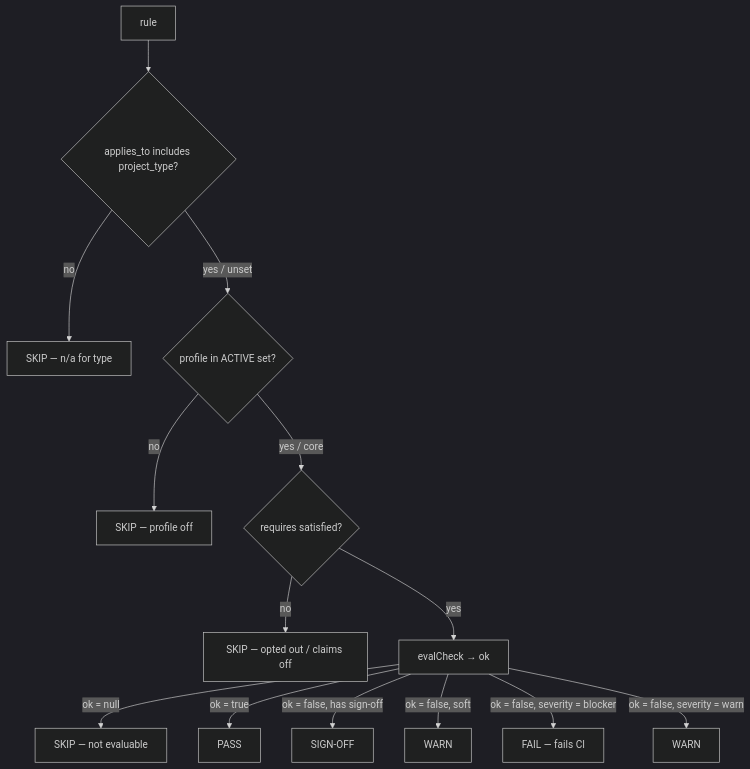
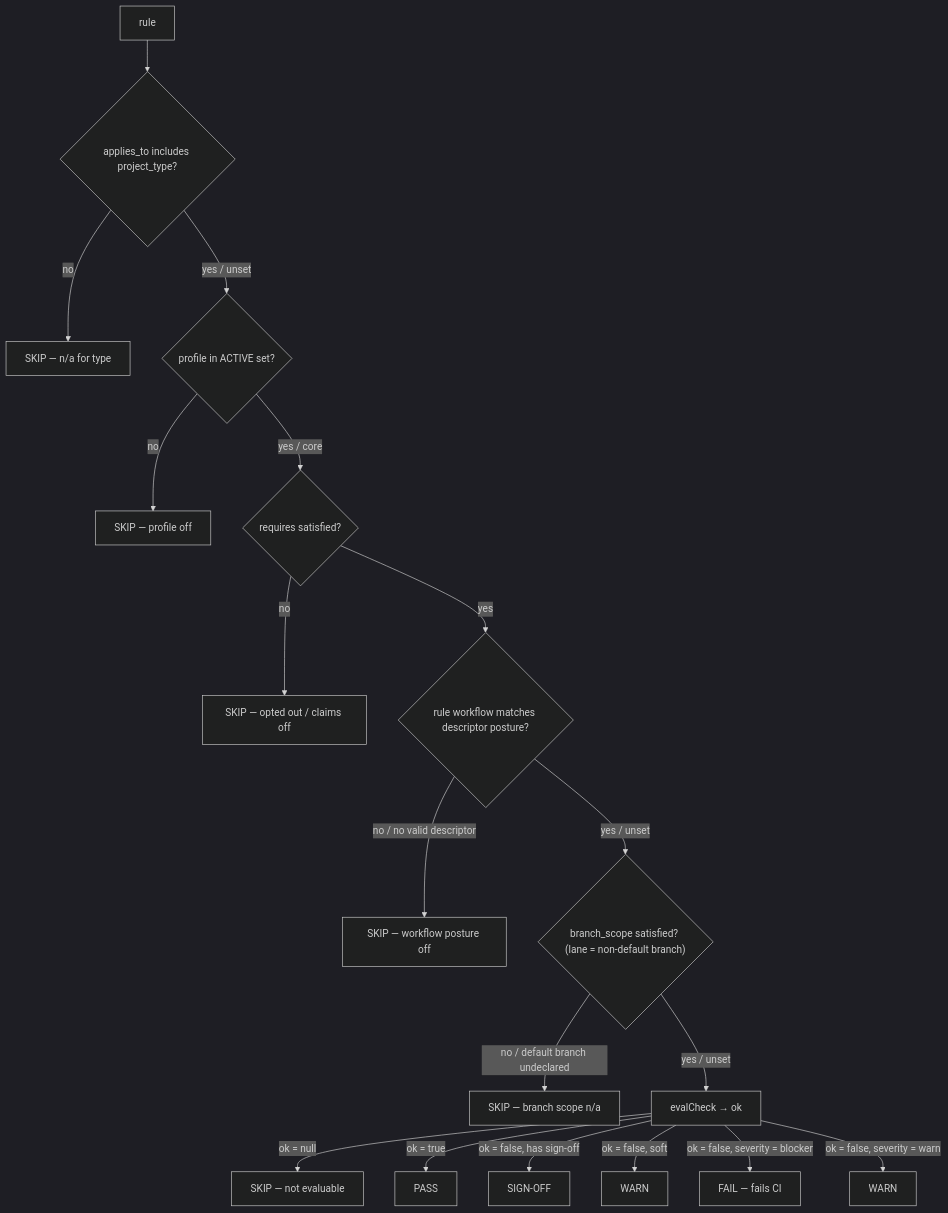
The third of 3 diagrams in REFERENCE.md (AdarGit008/baseline-skill), drawn with Mermaid (dark theme) before and after one commit. The commit also changed other lines of this file and 35 other files, not shown here.

````diff
--- a/REFERENCE.md
+++ b/REFERENCE.md
@@ -89,16 +89,20 @@
 ```mermaid
 flowchart TD
   R["rule"] --> A{"applies_to includes project_type?"}
   A -- "no" --> S1["SKIP — n/a for type"]
   A -- "yes / unset" --> P{"profile in ACTIVE set?"}
   P -- "no" --> S2["SKIP — profile off"]
   P -- "yes / core" --> Q{"requires satisfied?"}
   Q -- "no" --> S3["SKIP — opted out / claims off"]
-  Q -- "yes" --> E["evalCheck → ok"]
+  Q -- "yes" --> WF{"rule workflow matches descriptor posture?"}
+  WF -- "no / no valid descriptor" --> S5["SKIP — workflow posture off"]
+  WF -- "yes / unset" --> BR{"branch_scope satisfied? (lane = non-default branch)"}
+  BR -- "no / default branch undeclared" --> S6["SKIP — branch scope n/a"]
+  BR -- "yes / unset" --> E["evalCheck → ok"]
   E -- "ok = null" --> S4["SKIP — not evaluable"]
   E -- "ok = true" --> PASS["PASS"]
   E -- "ok = false, has sign-off" --> SO["SIGN-OFF"]
   E -- "ok = false, soft" --> W1["WARN"]
   E -- "ok = false, severity = blocker" --> F["FAIL — fails CI"]
   E -- "ok = false, severity = warn" --> W2["WARN"]
 ```
````
